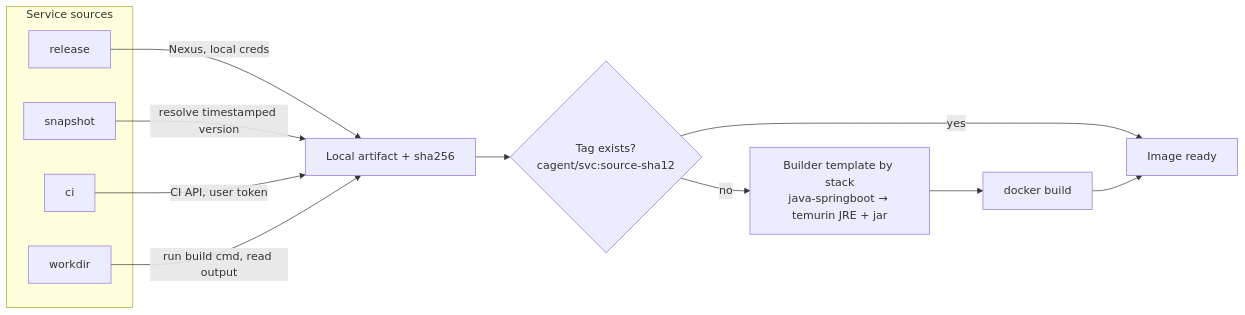
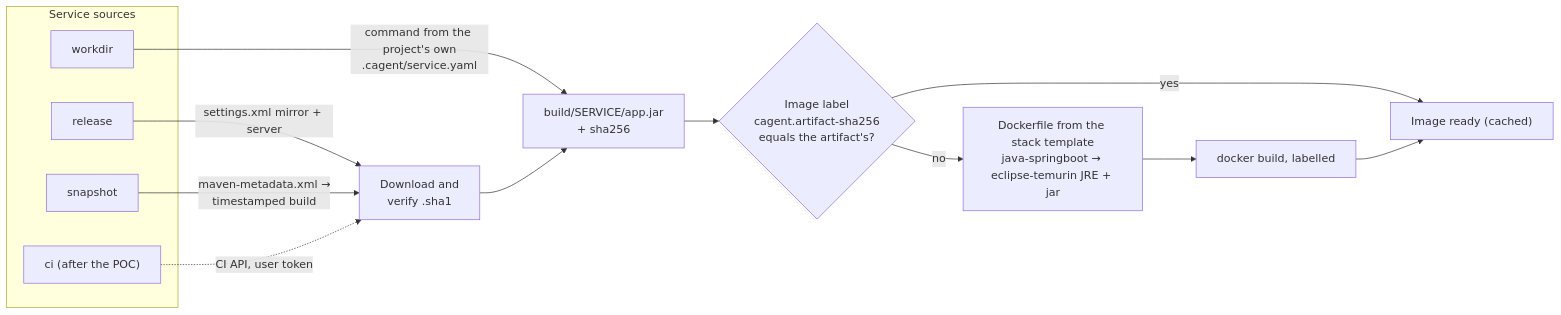
The ninth of 15 diagrams in docs/plans/2026-10-17-container-agent-design.md (yutaofr/container-agent), drawn with Mermaid before and after one commit. The commit also changed other lines of this file, not shown here.

Commit message:
docs: describe repository downloads, workdir builds, and the image cache

````diff
--- a/docs/plans/2026-10-17-container-agent-design.md
+++ b/docs/plans/2026-10-17-container-agent-design.md
@@ -316,18 +316,19 @@
 ```mermaid
 flowchart LR
   subgraph SOURCES["Service sources"]
     REL["release"]
     SNAP["snapshot"]
-    CIA["ci"]
+    CIA["ci (after the POC)"]
     WDIR["workdir"]
   end
-  REL -->|"Nexus, local creds"| ART
-  SNAP -->|"resolve timestamped version"| ART
-  CIA -->|"CI API, user token"| ART
-  WDIR -->|"run build cmd, read output"| ART
-  ART["Local artifact + sha256"] --> CACHE{"Tag exists?<br/>cagent/svc:source-sha12"}
-  CACHE -->|yes| IMG["Image ready"]
-  CACHE -->|no| TPL["Builder template by stack<br/>java-springboot → temurin JRE + jar"]
-  TPL --> BUILD["docker build"]
+  REL -->|"settings.xml mirror + server"| DL["Download and<br/>verify .sha1"]
+  SNAP -->|"maven-metadata.xml →<br/>timestamped build"| DL
+  CIA -.->|"CI API, user token"| DL
+  WDIR -->|"command from the project's own<br/>.cagent/service.yaml"| ART
+  DL --> ART["build/SERVICE/app.jar<br/>+ sha256"]
+  ART --> CACHE{"Image label<br/>cagent.artifact-sha256<br/>equals the artifact's?"}
+  CACHE -->|yes| IMG["Image ready (cached)"]
+  CACHE -->|no| TPL["Dockerfile from the stack template<br/>java-springboot → eclipse-temurin JRE + jar"]
+  TPL --> BUILD["docker build, labelled"]
   BUILD --> IMG
 ```
````
